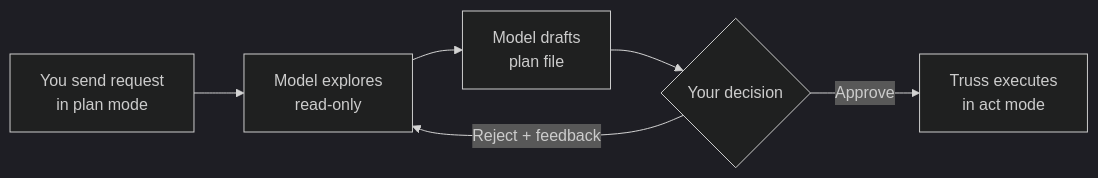
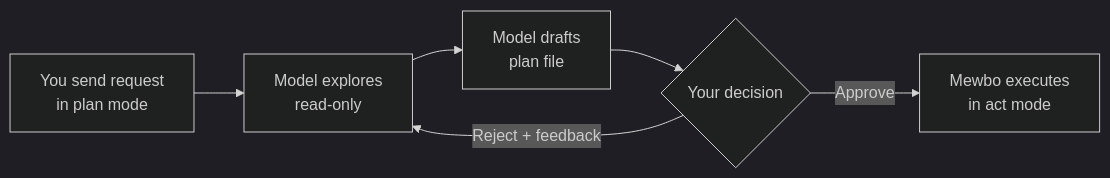
Before and after one commit to bearlike/Assistant: the diagram in latest/features-plan-mode.md, drawn with Mermaid (dark theme). The commit also changed other lines of this file and 165 other files, not shown here.

````diff
--- a/latest/features-plan-mode.md
+++ b/latest/features-plan-mode.md
@@ -58,8 +58,8 @@
 ```mermaid
 flowchart LR
     A[You send request<br/>in plan mode] --> B[Model explores<br/>read-only]
     B --> C[Model drafts<br/>plan file]
     C --> D{Your decision}
-    D -->|Approve| E[Truss executes<br/>in act mode]
+    D -->|Approve| E[Mewbo executes<br/>in act mode]
     D -->|Reject + feedback| B
 ```
````
